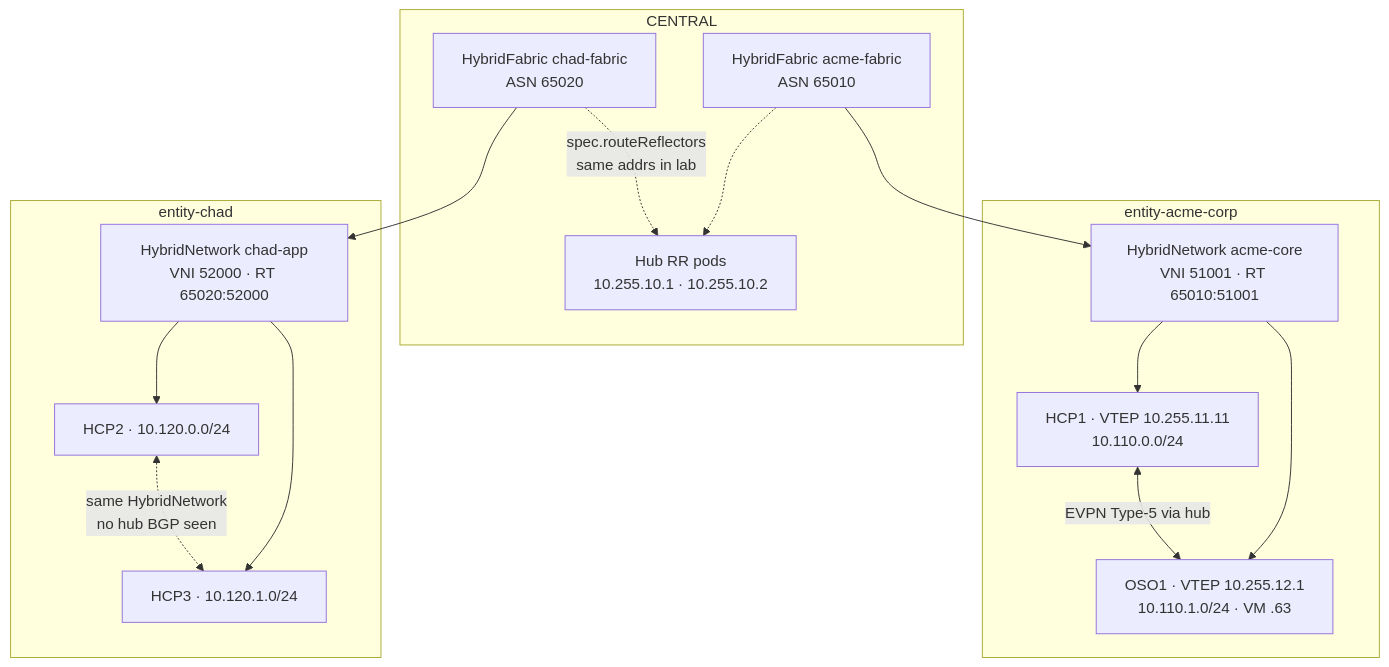
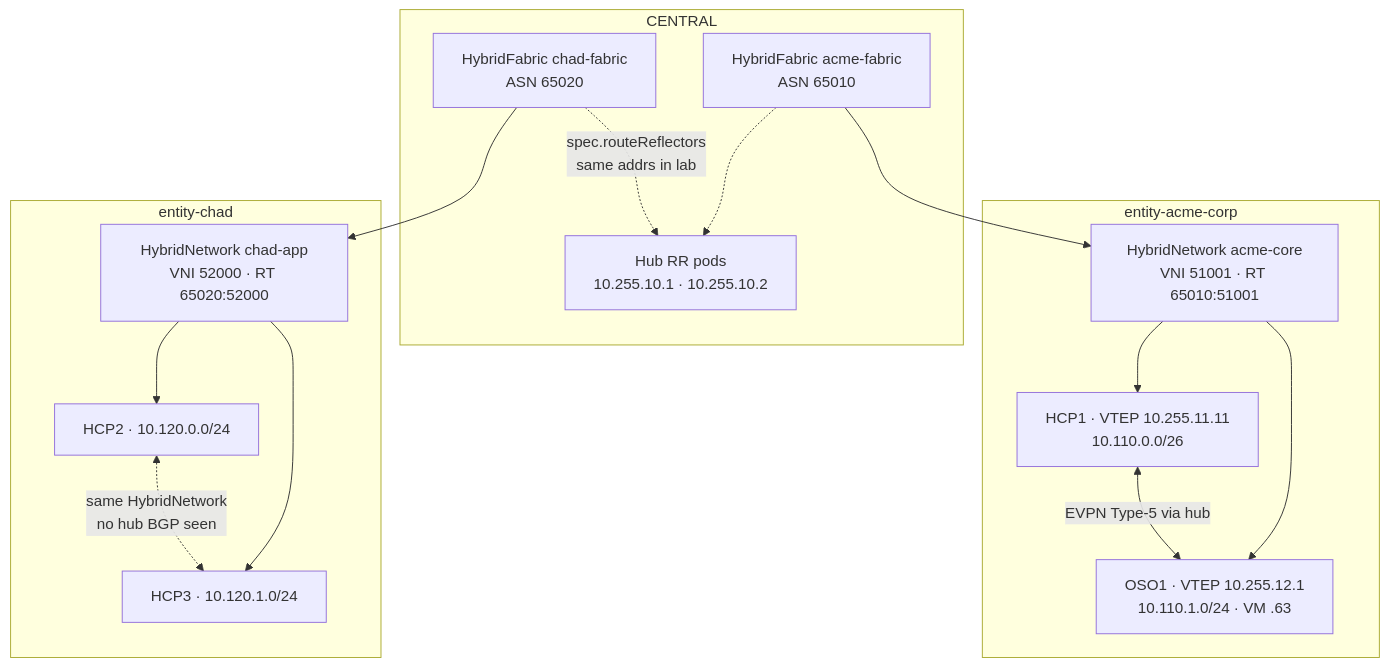
Before and after one commit to hybrid-sovereign-cloud/hybridcloud-demojam: the first of 5 diagrams in design/fabric-verify.md, drawn with Mermaid. The commit also changed other lines of this file, not shown here.

````diff
--- a/design/fabric-verify.md
+++ b/design/fabric-verify.md
@@ -20,31 +38,31 @@
 ```mermaid
 flowchart TB
   subgraph CENTRAL["CENTRAL"]
     RRs["Hub RR pods<br/>10.255.10.1 · 10.255.10.2"]
     AF["HybridFabric acme-fabric<br/>ASN 65010"]
     CF["HybridFabric chad-fabric<br/>ASN 65020"]
   end
 
   subgraph ACME["entity-acme-corp"]
     HN1["HybridNetwork acme-core<br/>VNI 51001 · RT 65010:51001"]
-    HCP1["HCP1 · VTEP 10.255.11.11<br/>10.110.0.0/24"]
+    HCP1["HCP1 · VTEP 10.255.11.11<br/>10.110.0.0/26"]
     OSO1["OSO1 · VTEP 10.255.12.1<br/>10.110.1.0/24 · VM .63"]
   end
 
   subgraph CHAD["entity-chad"]
     HN2["HybridNetwork chad-app<br/>VNI 52000 · RT 65020:52000"]
     HCP2["HCP2 · 10.120.0.0/24"]
     HCP3["HCP3 · 10.120.1.0/24"]
   end
 
   AF --> HN1
   CF --> HN2
   AF -.-> RRs
   CF -.->|spec.routeReflectors<br/>same addrs in lab| RRs
   HN1 --> HCP1
   HN1 --> OSO1
   HN2 --> HCP2
   HN2 --> HCP3
   HCP1 <-->|EVPN Type-5 via hub| OSO1
   HCP2 <-.->|same HybridNetwork<br/>no hub BGP seen| HCP3
 ```
````
